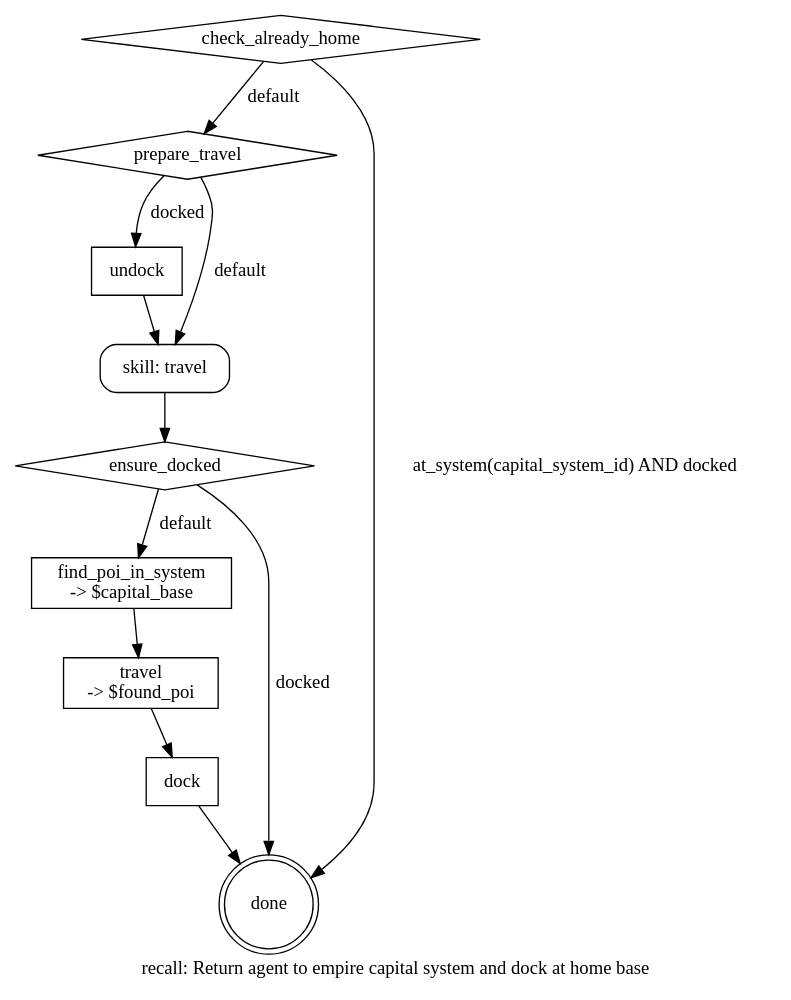
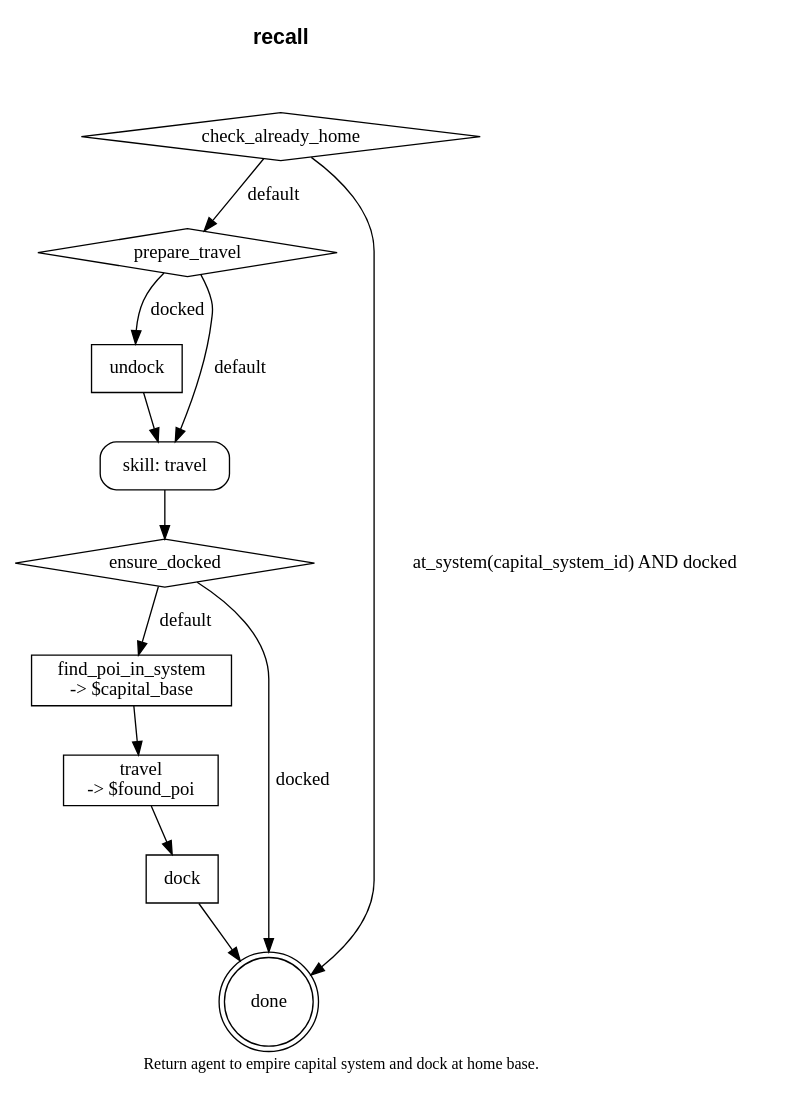
Before and after one commit to rsned/spacemolt: the diagram in data/skills/recall.dot, drawn with Graphviz. The commit also changed 15 other files, not shown here.

```diff
--- a/data/skills/recall.dot
+++ b/data/skills/recall.dot
@@ -1,26 +1,33 @@
 digraph recall {
-  label="recall: Return agent to empire capital system and dock at home base"
+  label=<
+Return agent to empire capital system and dock at home base.
+>
+  labelloc=b
+  fontsize=12
   rankdir=TB
+
+  title [shape=none margin=0 fontsize=16 fontname="Helvetica-Bold" label="recall"]
+  title -> check_already_home [style=invis]
 
   check_already_home [shape=diamond label="check_already_home"]
   prepare_travel [shape=diamond label="prepare_travel"]
   undock [shape=box label="undock"]
   travel_home [shape=box style=rounded label="skill: travel"]
   ensure_docked [shape=diamond label="ensure_docked"]
   find_base [shape=box label="find_poi_in_system\n-> $capital_base"]
   travel_to_base [shape=box label="travel\n-> $found_poi"]
   dock_at_base [shape=box label="dock"]
   done [shape=doublecircle label="done"]
 
   check_already_home -> done [label="at_system(capital_system_id) AND docked"]
   check_already_home -> prepare_travel [label="default"]
   prepare_travel -> undock [label="docked"]
   prepare_travel -> travel_home [label="default"]
   undock -> travel_home
   travel_home -> ensure_docked
   ensure_docked -> done [label="docked"]
   ensure_docked -> find_base [label="default"]
   find_base -> travel_to_base
   travel_to_base -> dock_at_base
   dock_at_base -> done
 }
```
